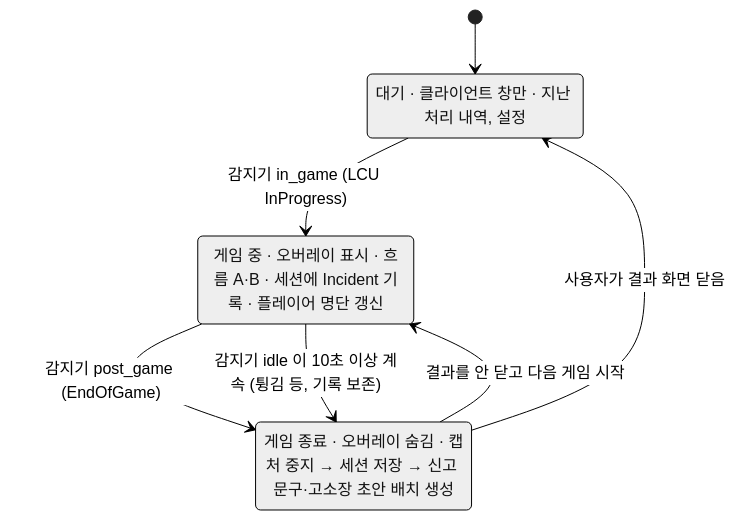
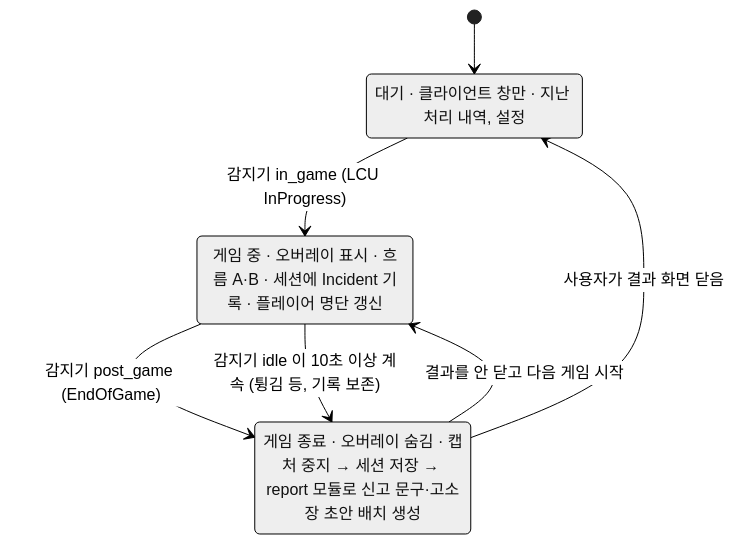
One commit to makerspaceSiwoo/clean-chat changed the second of 2 diagrams in docs/ARCHITECTURE.md. Above: the diagram before and after it, drawn with Mermaid (neutral theme). The commit also changed other lines of this file and 185 other files, not shown here.

````diff
--- a/docs/ARCHITECTURE.md
+++ b/docs/ARCHITECTURE.md
@@ -67,12 +66,12 @@
 ```mermaid
 stateDiagram-v2
     [*] --> IDLE
     IDLE --> IN_GAME: 감지기 in_game (LCU InProgress)
     IN_GAME --> POST_GAME: 감지기 post_game (EndOfGame)
     IN_GAME --> POST_GAME: 감지기 idle 이 10초 이상 계속 (튕김 등, 기록 보존)
     POST_GAME --> IDLE: 사용자가 결과 화면 닫음
     POST_GAME --> IN_GAME: 결과를 안 닫고 다음 게임 시작
     IDLE: 대기 · 클라이언트 창만 · 지난 처리 내역, 설정
     IN_GAME: 게임 중 · 오버레이 표시 · 흐름 A·B · 세션에 Incident 기록 · 플레이어 명단 갱신
-    POST_GAME: 게임 종료 · 오버레이 숨김 · 캡처 중지 → 세션 저장 → 신고 문구·고소장 초안 배치 생성
+    POST_GAME: 게임 종료 · 오버레이 숨김 · 캡처 중지 → 세션 저장 → report 모듈로 신고 문구·고소장 초안 배치 생성
 ```
````
